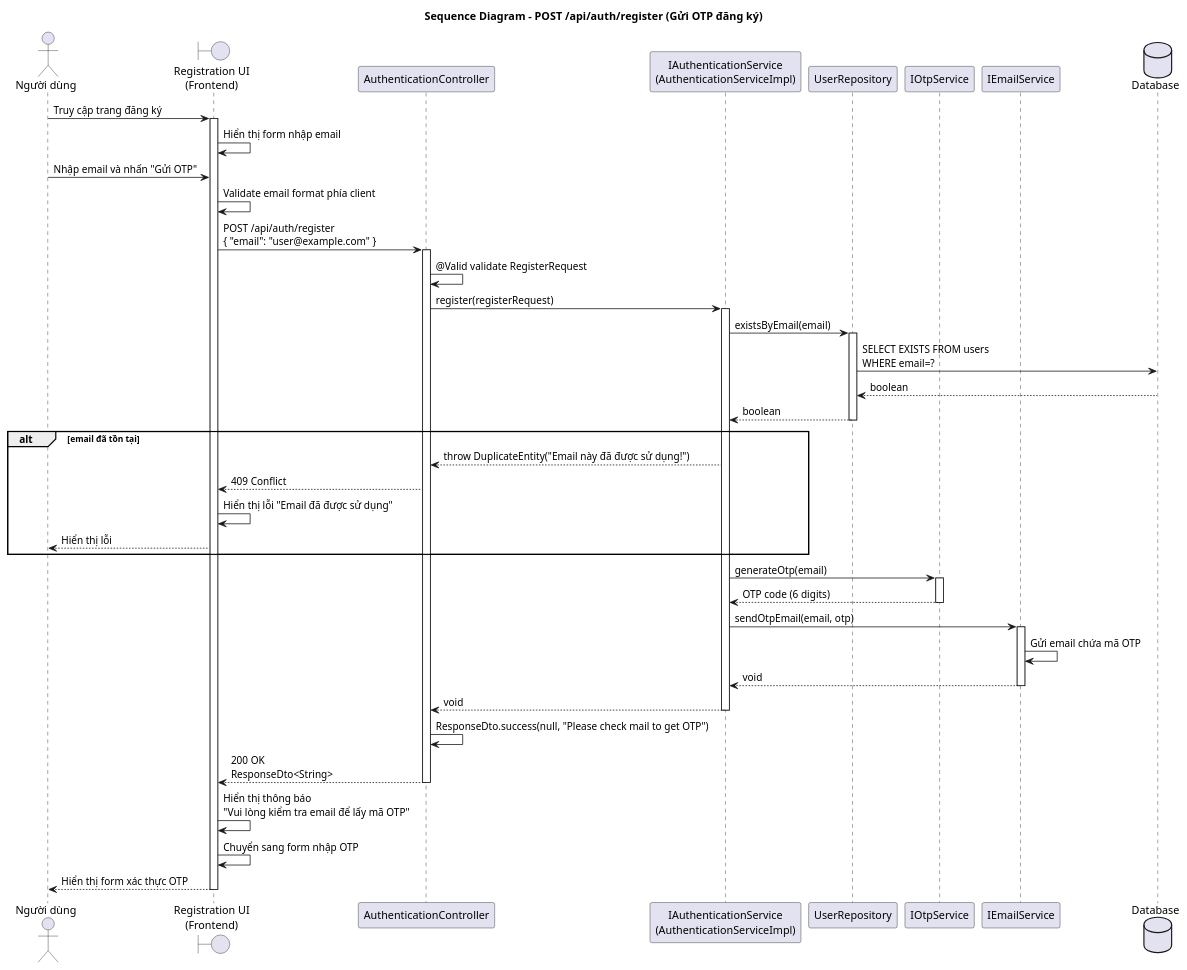
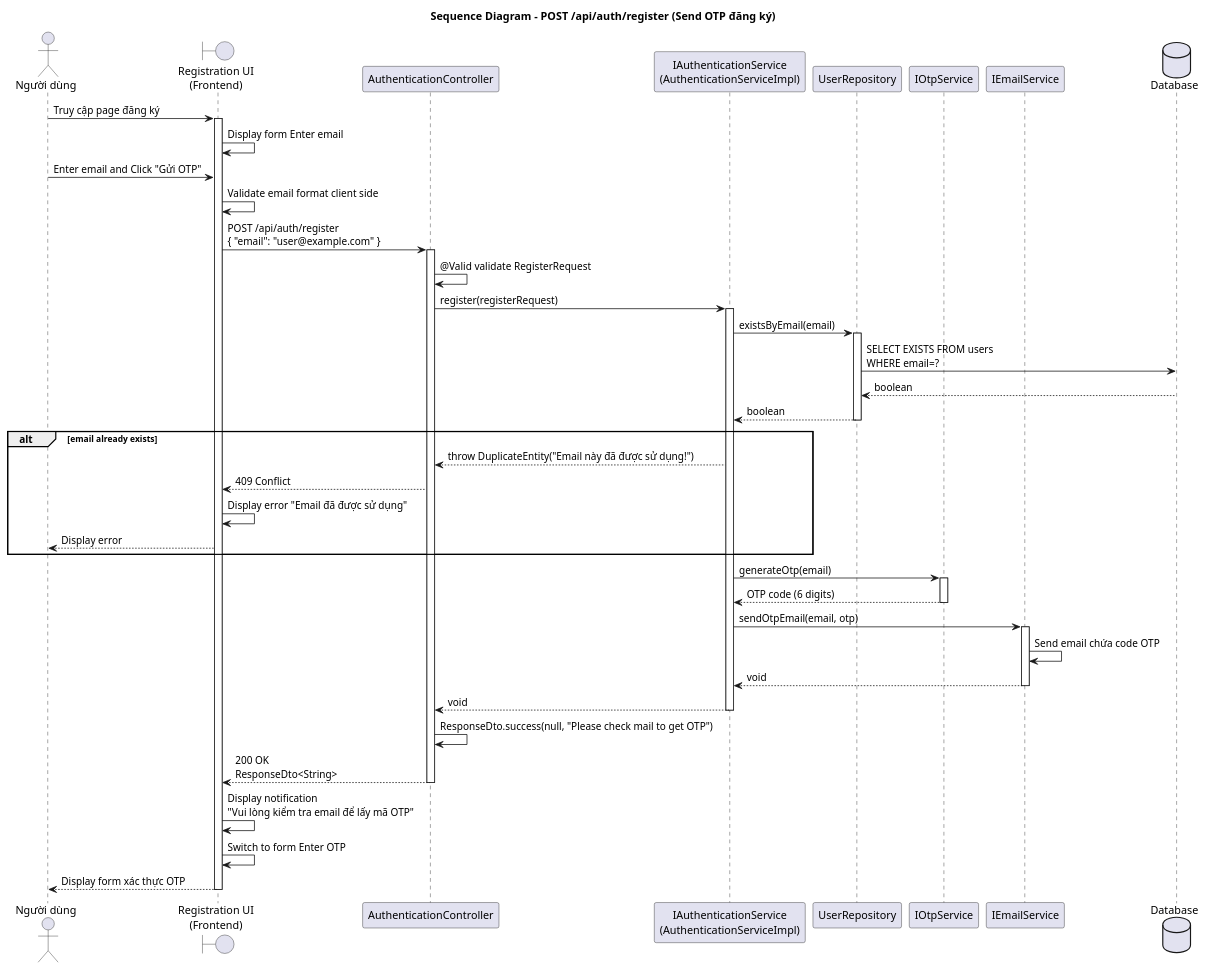
The diagram in src/main/resources/diagram/seq_register_send_otp.puml (EpxrLab/EcoVerse_BE), drawn with PlantUML before and after one commit. The commit also changed 53 other files, not shown here.

```diff
--- a/src/main/resources/diagram/seq_register_send_otp.puml
+++ b/src/main/resources/diagram/seq_register_send_otp.puml
@@ -1,64 +1,64 @@
 @startuml seq_register_send_otp
-title Sequence Diagram - POST /api/auth/register (Gửi OTP đăng ký)
+title Sequence Diagram - POST /api/auth/register (Send OTP đăng ký)
 
 actor "Người dùng" as user
 boundary "Registration UI\n(Frontend)" as ui
 participant "AuthenticationController" as ctrl
 participant "IAuthenticationService\n(AuthenticationServiceImpl)" as svc
 participant "UserRepository" as userRepo
 participant "IOtpService" as otpSvc
 participant "IEmailService" as emailSvc
 database "Database" as db
 
-user -> ui : Truy cập trang đăng ký
+user -> ui : Truy cập page đăng ký
 activate ui
-ui -> ui : Hiển thị form nhập email
+ui -> ui : Display form Enter email
 
-user -> ui : Nhập email và nhấn "Gửi OTP"
-ui -> ui : Validate email format phía client
+user -> ui : Enter email and Click "Gửi OTP"
+ui -> ui : Validate email format client side
 
 ui -> ctrl : POST /api/auth/register\n{ "email": "user@example.com" }
 activate ctrl
 ctrl -> ctrl : @Valid validate RegisterRequest
 
 ctrl -> svc : register(registerRequest)
 activate svc
 
 svc -> userRepo : existsByEmail(email)
 activate userRepo
 userRepo -> db : SELECT EXISTS FROM users\nWHERE email=?
 db --> userRepo : boolean
 userRepo --> svc : boolean
 deactivate userRepo
 
-alt email đã tồn tại
-    svc --> ctrl : throw DuplicateEntity("Email này đã được sử dụng!")
-    ctrl --> ui : 409 Conflict
-    ui -> ui : Hiển thị lỗi "Email đã được sử dụng"
-    ui --> user : Hiển thị lỗi
+alt email already exists
+ svc --> ctrl : throw DuplicateEntity("Email này đã được sử dụng!")
+ ctrl --> ui : 409 Conflict
+ ui -> ui : Display error "Email đã được sử dụng"
+ ui --> user : Display error
 end
 
 svc -> otpSvc : generateOtp(email)
 activate otpSvc
 otpSvc --> svc : OTP code (6 digits)
 deactivate otpSvc
 
 svc -> emailSvc : sendOtpEmail(email, otp)
 activate emailSvc
-emailSvc -> emailSvc : Gửi email chứa mã OTP
+emailSvc -> emailSvc : Send email chứa code OTP
 emailSvc --> svc : void
 deactivate emailSvc
 
 svc --> ctrl : void
 deactivate svc
 
 ctrl -> ctrl : ResponseDto.success(null, "Please check mail to get OTP")
 ctrl --> ui : 200 OK\nResponseDto<String>
 deactivate ctrl
 
-ui -> ui : Hiển thị thông báo\n"Vui lòng kiểm tra email để lấy mã OTP"
-ui -> ui : Chuyển sang form nhập OTP
-ui --> user : Hiển thị form xác thực OTP
+ui -> ui : Display notification\n"Vui lòng kiểm tra email để lấy mã OTP"
+ui -> ui : Switch to form Enter OTP
+ui --> user : Display form xác thực OTP
 deactivate ui
 
 @enduml
```
